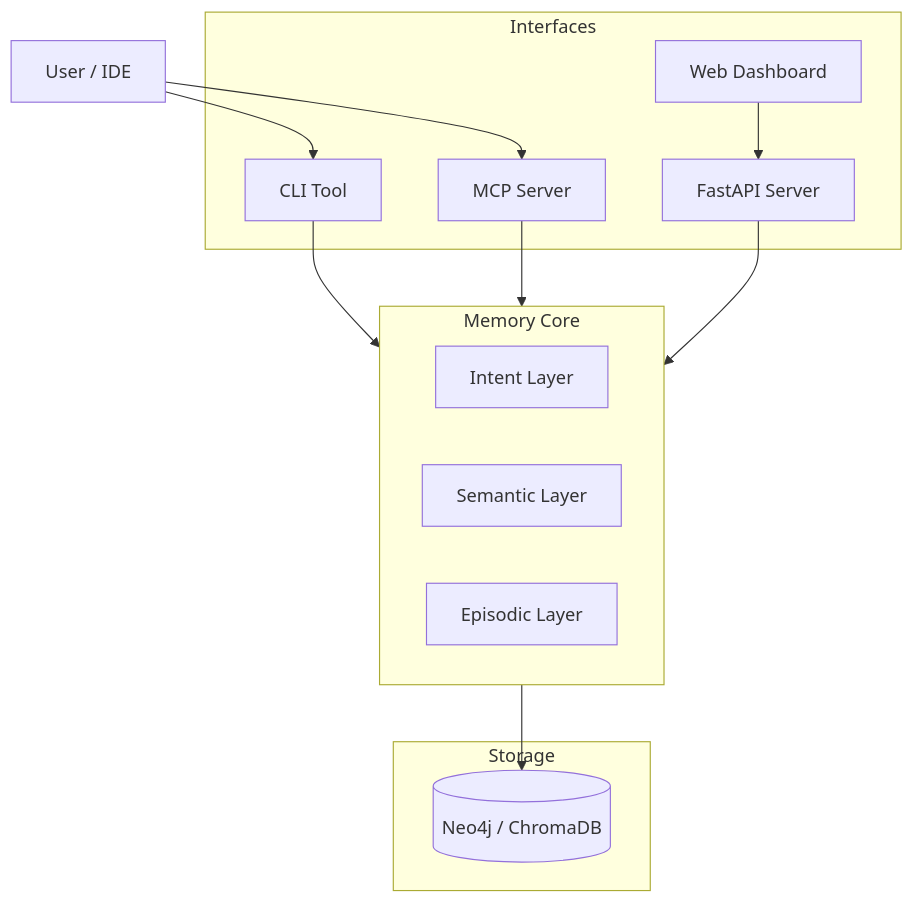
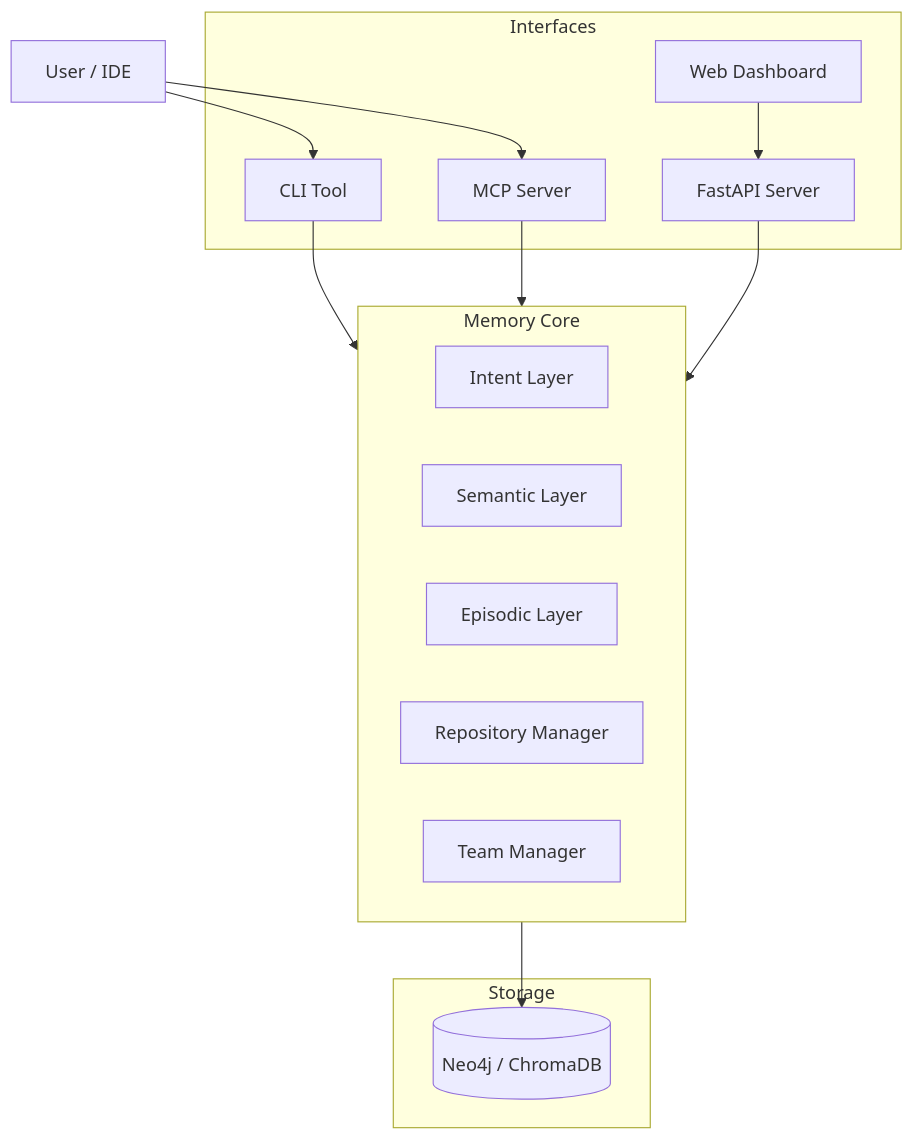
One commit to djkeshawa/visp-memory changed the diagram in README.md. Above: the diagram before and after it, drawn with Mermaid. The commit also changed other lines of this file and 23 other files, not shown here.

````diff
--- a/README.md
+++ b/README.md
@@ -263,31 +323,33 @@
 ```mermaid
 graph TD
     User["User / IDE"]
 
     subgraph Interfaces
         CLI["CLI Tool"]
         MCP["MCP Server"]
         API["FastAPI Server"]
         Dash["Web Dashboard"]
     end
 
     subgraph MemoryCore["Memory Core"]
         Intent["Intent Layer"]
         Semantic["Semantic Layer"]
         Episodic["Episodic Layer"]
+        Repo["Repository Manager"]
+        Team["Team Manager"]
     end
 
     subgraph Storage
         Neo4j[("Neo4j / ChromaDB")]
     end
 
     User --> CLI
     User --> MCP
     Dash --> API
 
     CLI --> MemoryCore
     MCP --> MemoryCore
     API --> MemoryCore
 
     MemoryCore --> Neo4j
 ```
````
